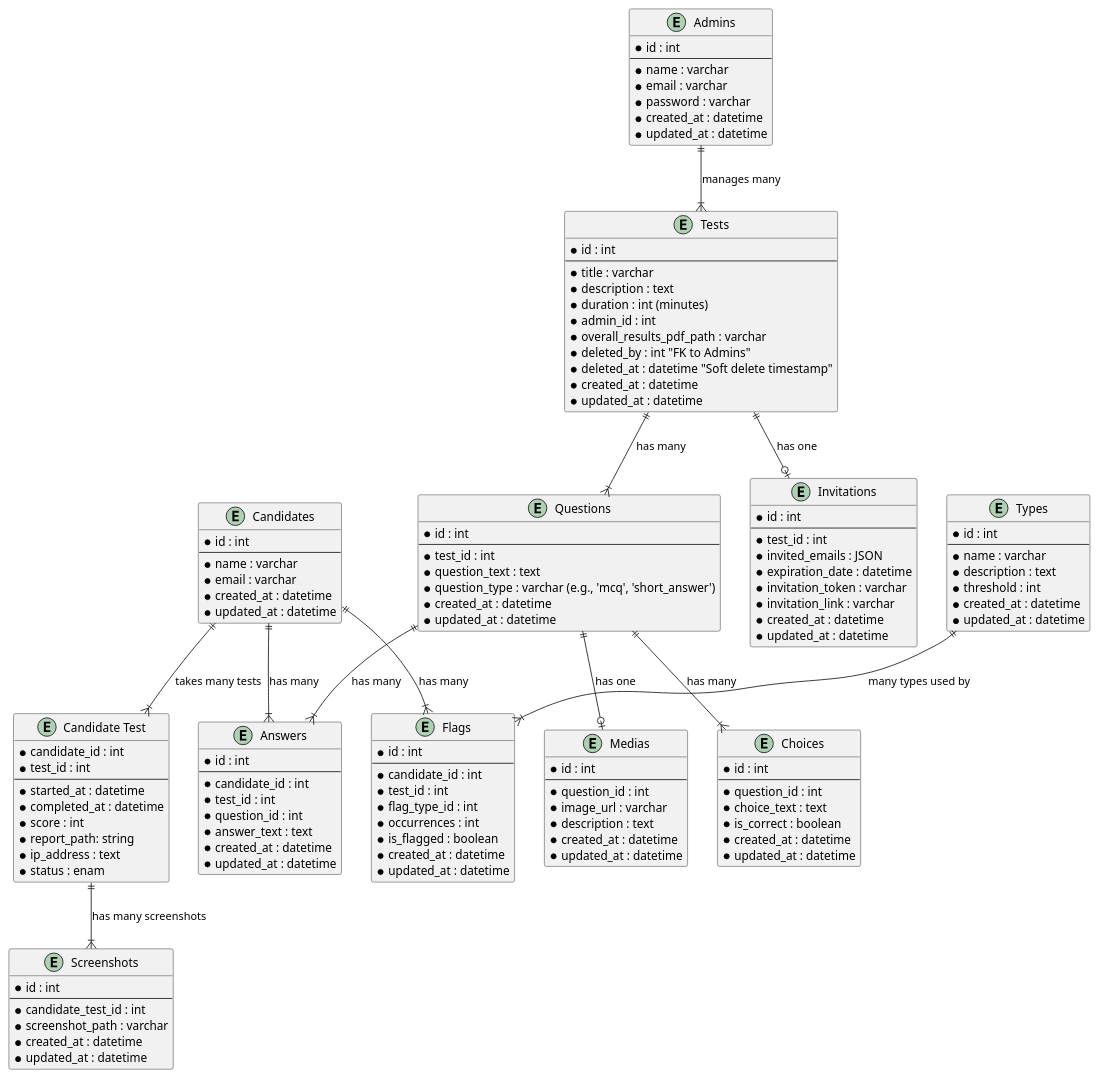
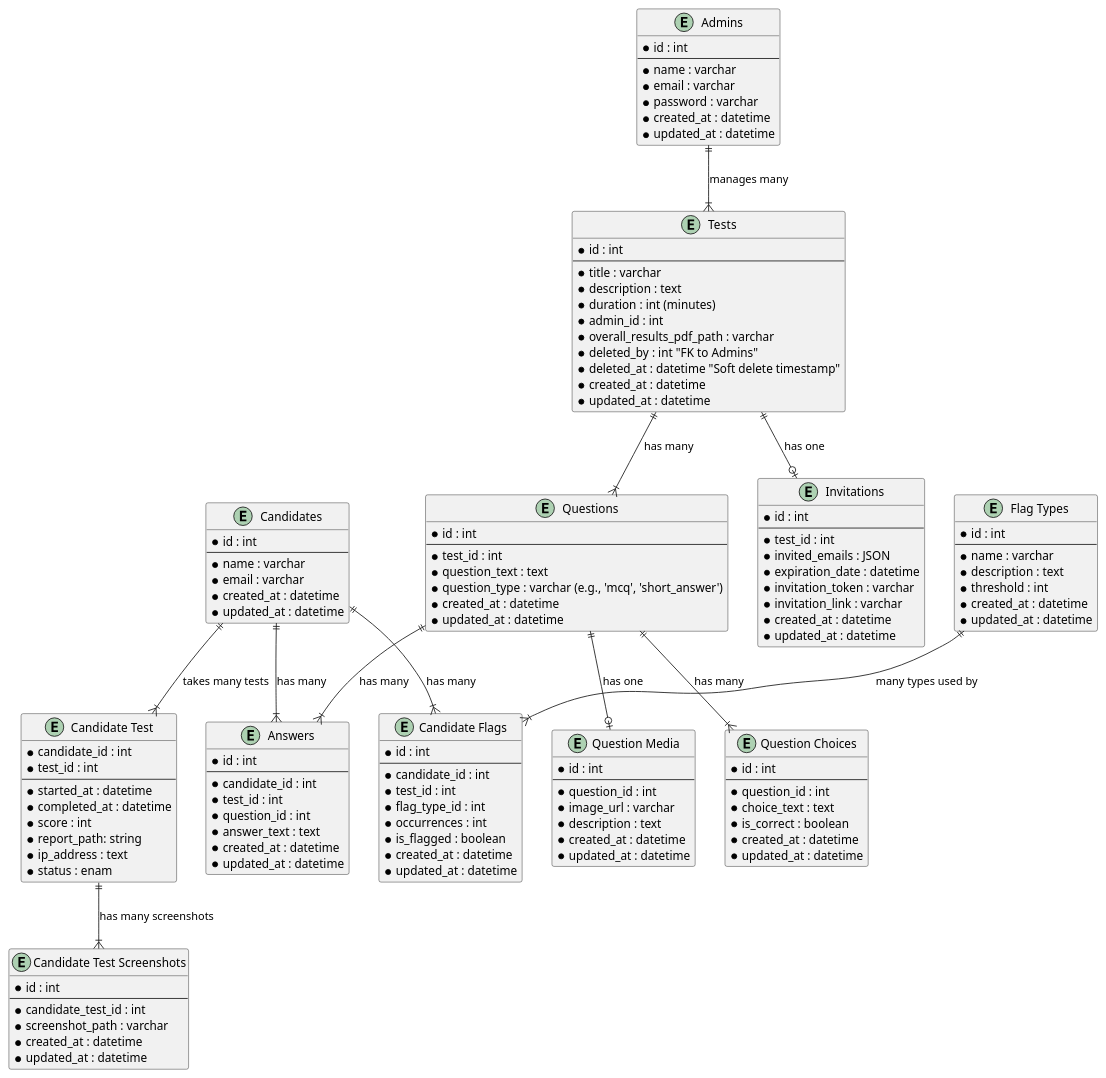
One commit to milelecars/MileleSkillSage changed the diagram in storage/plantuml/db_diagram.puml. Above: the diagram before and after it, drawn with PlantUML. The commit also changed 2 other files, not shown here.

```diff
--- a/storage/plantuml/db_diagram.puml
+++ b/storage/plantuml/db_diagram.puml
@@ -1,147 +1,147 @@
 @startuml "Milele SkillSage"
 
 
 entity "Candidates" {
   * id : int
   --
   * name : varchar
   * email : varchar
   * created_at : datetime
   * updated_at : datetime
 }
 
 entity "Tests" {
   * id : int
   --
   * title : varchar
   * description : text
   * duration : int (minutes)
   * admin_id : int
   * overall_results_pdf_path : varchar
   * deleted_by : int "FK to Admins"
   * deleted_at : datetime "Soft delete timestamp"
   * created_at : datetime
   * updated_at : datetime
 }
 
 entity "Candidate Test" {
   * candidate_id : int
   * test_id : int
   --
   * started_at : datetime
   * completed_at : datetime
   * score : int
   * report_path: string
   * ip_address : text
   * status : enam
 }
 
-entity "Screenshots" {
+entity "Candidate Test Screenshots" {
   * id : int
   --
   * candidate_test_id : int
   * screenshot_path : varchar
   * created_at : datetime
   * updated_at : datetime
 }
 
 entity "Questions" {
   * id : int
   --
   * test_id : int
   * question_text : text
   * question_type : varchar (e.g., 'mcq', 'short_answer')
   * created_at : datetime
   * updated_at : datetime
 }
 
-entity "Choices" {
+entity "Question Choices" {
   * id : int
   --
   * question_id : int
   * choice_text : text
   * is_correct : boolean
   * created_at : datetime
   * updated_at : datetime
 }
 
-entity "Medias" {
+entity "Question Media" {
   * id : int
   --
   * question_id : int
   * image_url : varchar
   * description : text
   * created_at : datetime
   * updated_at : datetime
 }
 
 entity "Answers" {
   * id : int
   --
   * candidate_id : int
   * test_id : int
   * question_id : int
   * answer_text : text
   * created_at : datetime
   * updated_at : datetime
 }
 
 entity "Admins" {
   * id : int
   --
   * name : varchar
   * email : varchar
   * password : varchar  
   * created_at : datetime
   * updated_at : datetime
 }
 
-entity "Types" {
+entity "Flag Types" {
   * id : int
   --
   * name : varchar
   * description : text
   * threshold : int
   * created_at : datetime
   * updated_at : datetime
 }
 
-entity "Flags" {
+entity "Candidate Flags" {
   * id : int
   --
   * candidate_id : int
   * test_id : int
   * flag_type_id : int
   * occurrences : int
   * is_flagged : boolean
   * created_at : datetime
   * updated_at : datetime
 }
 
 entity "Invitations" {
   * id : int
   --
   * test_id : int
   * invited_emails : JSON
   * expiration_date : datetime
   * invitation_token : varchar
   * invitation_link : varchar
   * created_at : datetime 
   * updated_at : datetime
 }
 
 ' Relationships
+"Candidates" ||--|{ "Answers" : has many
+"Candidates" ||--|{ "Candidate Flags" : has many
 "Candidates" ||--|{ "Candidate Test" : takes many tests
-"Candidates" ||--|{ "Answers" : has many
-"Candidates" ||--|{ "Flags" : has many
 "Tests" ||--|{ "Questions" : has many
 "Tests" ||--o| "Invitations" : has one
-"Questions" ||--|{ "Choices" : has many
-"Questions" ||--o| "Medias" : has one
+"Questions" ||--|{ "Question Choices" : has many
+"Questions" ||--o| "Question Media" : has one
 "Questions" ||--|{ "Answers" : has many  
-"Types" ||--|{ "Flags" : many types used by
+"Flag Types" ||--|{ "Candidate Flags" : many types used by
 "Admins" ||--|{ "Tests" : manages many
-"Candidate Test" ||--|{ "Screenshots" : "has many screenshots"
+"Candidate Test" ||--|{ "Candidate Test Screenshots" : "has many screenshots"
 
 
 @enduml
```
